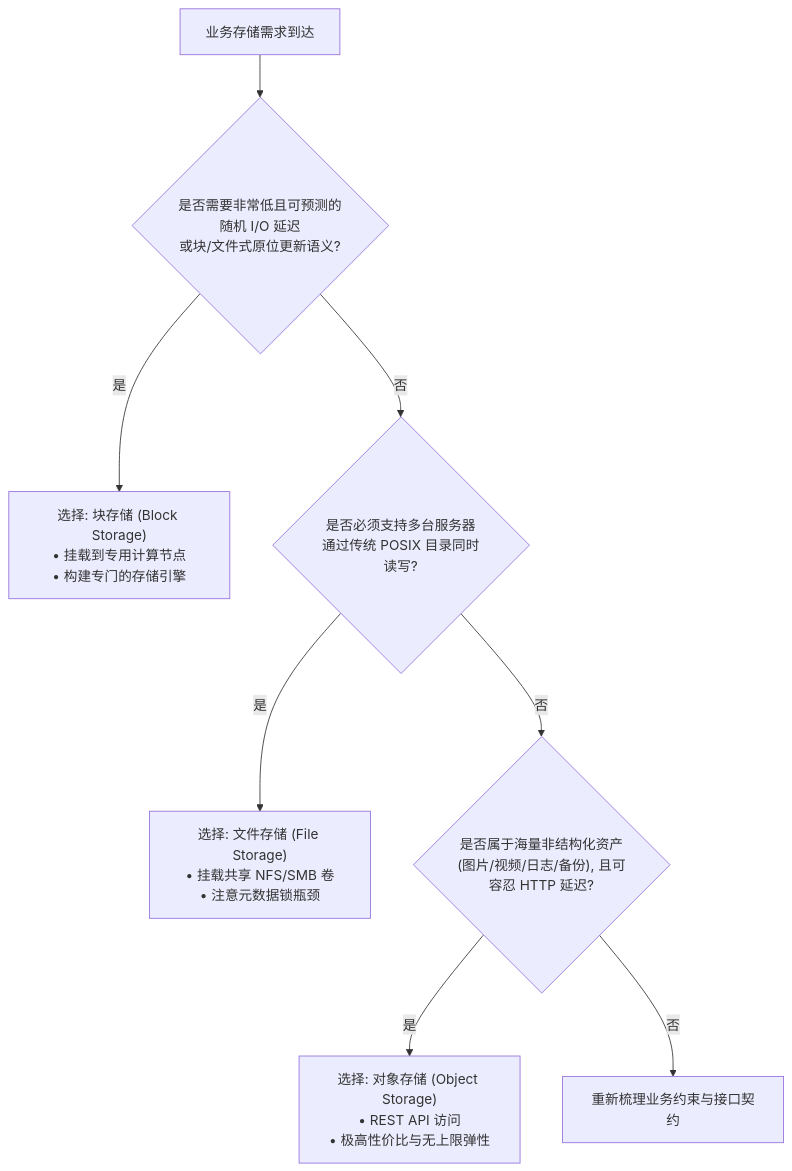
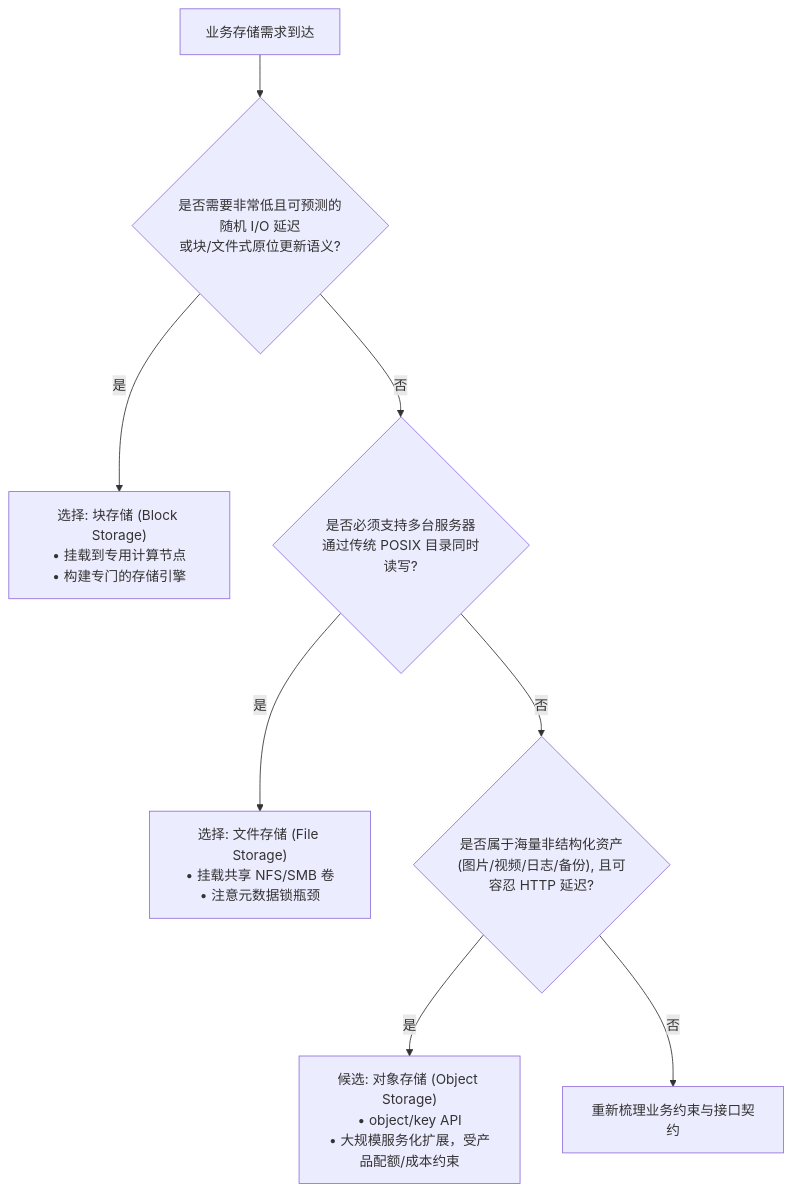
Before and after one commit to CN-JJB/essential-cs: the second of 2 diagrams in book/09-storage-engine-durable-storage/L09-03.md, drawn with Mermaid. The commit also changed other lines of this file, not shown here.

Commit message:
Lead SIMPLE FIX: make seven-dimension object evaluation product-neutral

````diff
--- a/book/09-storage-engine-durable-storage/L09-03.md
+++ b/book/09-storage-engine-durable-storage/L09-03.md
@@ -143,10 +143,10 @@
 ```mermaid
 flowchart TD
     Start["业务存储需求到达"] --> Q1{"是否需要非常低且可预测的随机 I/O 延迟<br>或块/文件式原位更新语义?"}
     Q1 -- "是" --> Block["选择: 块存储 (Block Storage)<br>• 挂载到专用计算节点<br>• 构建专门的存储引擎"]
     Q1 -- "否" --> Q2{"是否必须支持多台服务器<br>通过传统 POSIX 目录同时读写?"}
     Q2 -- "是" --> File["选择: 文件存储 (File Storage)<br>• 挂载共享 NFS/SMB 卷<br>• 注意元数据锁瓶颈"]
     Q2 -- "否" --> Q3{"是否属于海量非结构化资产<br>(图片/视频/日志/备份), 且可容忍 HTTP 延迟?"}
-    Q3 -- "是" --> Object["选择: 对象存储 (Object Storage)<br>• REST API 访问<br>• 极高性价比与无上限弹性"]
+    Q3 -- "是" --> Object["候选: 对象存储 (Object Storage)<br>• object/key API<br>• 大规模服务化扩展，受产品配额/成本约束"]
     Q3 -- "否" --> ReEval["重新梳理业务约束与接口契约"]
 ```
````
